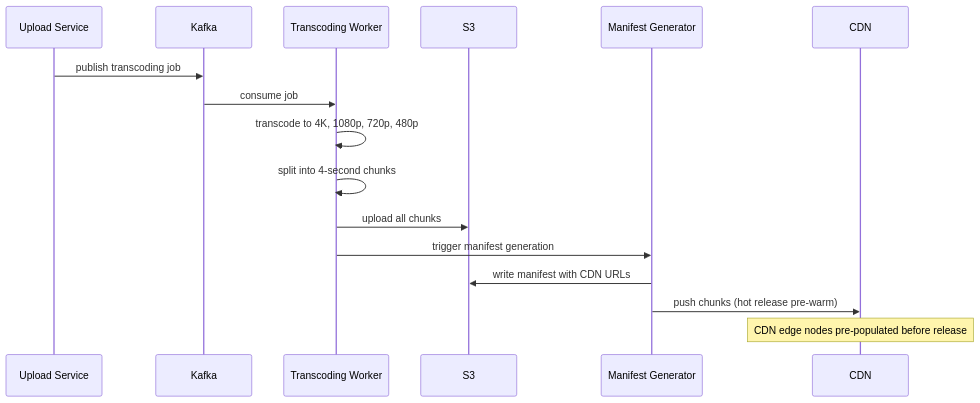
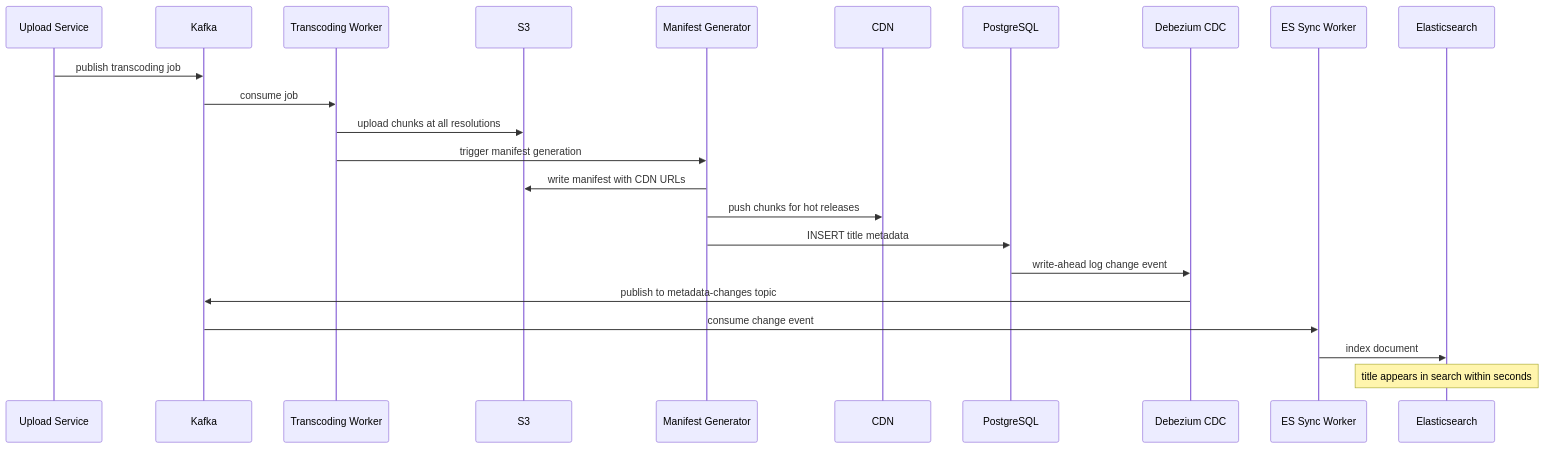
Before and after one commit to Dummy-Bug/system-design-handbook: the sixth of 6 diagrams in System Design/SDE2/12-Case-Studies/14-Netflix/05-Final-Design/01-Final-Architecture.md, drawn with Mermaid. The commit also changed other lines of this file and 12 other files, not shown here.

````diff
--- a/System Design/SDE2/12-Case-Studies/14-Netflix/05-Final-Design/01-Final-Architecture.md
+++ b/System Design/SDE2/12-Case-Studies/14-Netflix/05-Final-Design/01-Final-Architecture.md
@@ -177,19 +227,26 @@
 ```mermaid
 sequenceDiagram
     participant UP as Upload Service
     participant K as Kafka
     participant TW as Transcoding Worker
     participant S3 as S3
     participant MG as Manifest Generator
     participant CDN as CDN
+    participant PG as PostgreSQL
+    participant DEB as Debezium CDC
+    participant ESW as ES Sync Worker
+    participant ES as Elasticsearch
 
     UP->>K: publish transcoding job
     K->>TW: consume job
-    TW->>TW: transcode to 4K, 1080p, 720p, 480p
-    TW->>TW: split into 4-second chunks
-    TW->>S3: upload all chunks
+    TW->>S3: upload chunks at all resolutions
     TW->>MG: trigger manifest generation
     MG->>S3: write manifest with CDN URLs
-    MG->>CDN: push chunks (hot release pre-warm)
-    Note over CDN: CDN edge nodes pre-populated before release
+    MG->>CDN: push chunks for hot releases
+    MG->>PG: INSERT title metadata
+    PG->>DEB: write-ahead log change event
+    DEB->>K: publish to metadata-changes topic
+    K->>ESW: consume change event
+    ESW->>ES: index document
+    Note over ES: title appears in search within seconds
 ```
````
